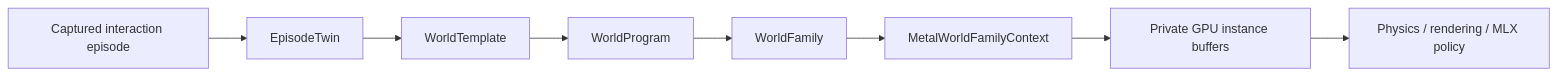
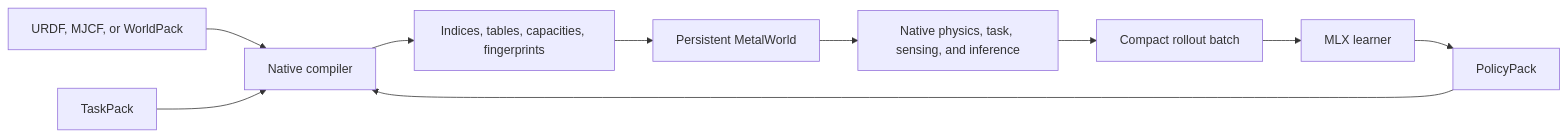
The first of 3 diagrams in docs/WORLD_ENGINE.md (Numi2/numi-lab), drawn with Mermaid before and after one commit. The commit also changed other lines of this file and 83 other files, not shown here.

Commit message:
Consolidate MetalRobo architecture and reduce obsolete code

````diff
--- a/docs/WORLD_ENGINE.md
+++ b/docs/WORLD_ENGINE.md
@@ -9,10 +9,12 @@
 ```mermaid
 flowchart LR
-    A["Captured interaction episode"] --> B["EpisodeTwin"]
-    B --> C["WorldTemplate"]
-    C --> D["WorldProgram"]
-    D --> E["WorldFamily"]
-    E --> F["MetalWorldFamilyContext"]
-    F --> G["Private GPU instance buffers"]
-    G --> H["Physics / rendering / MLX policy"]
+    A["URDF, MJCF, or WorldPack"] --> D["Native compiler"]
+    B["TaskPack"] --> D
+    C["PolicyPack"] --> D
+    D --> E["Indices, tables, capacities, fingerprints"]
+    E --> F["Persistent MetalWorld"]
+    F --> G["Native physics, task, sensing, and inference"]
+    G --> H["Compact rollout batch"]
+    H --> I["MLX learner"]
+    I --> C
 ```
````
